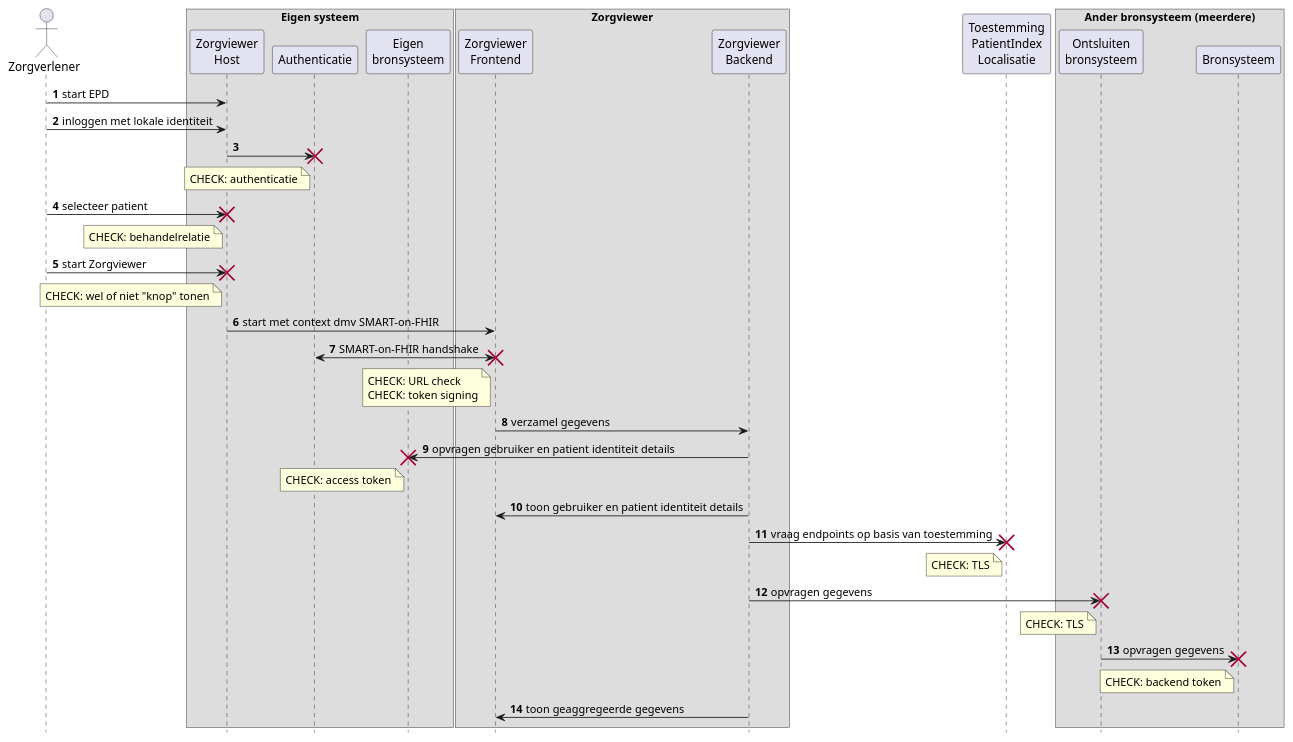
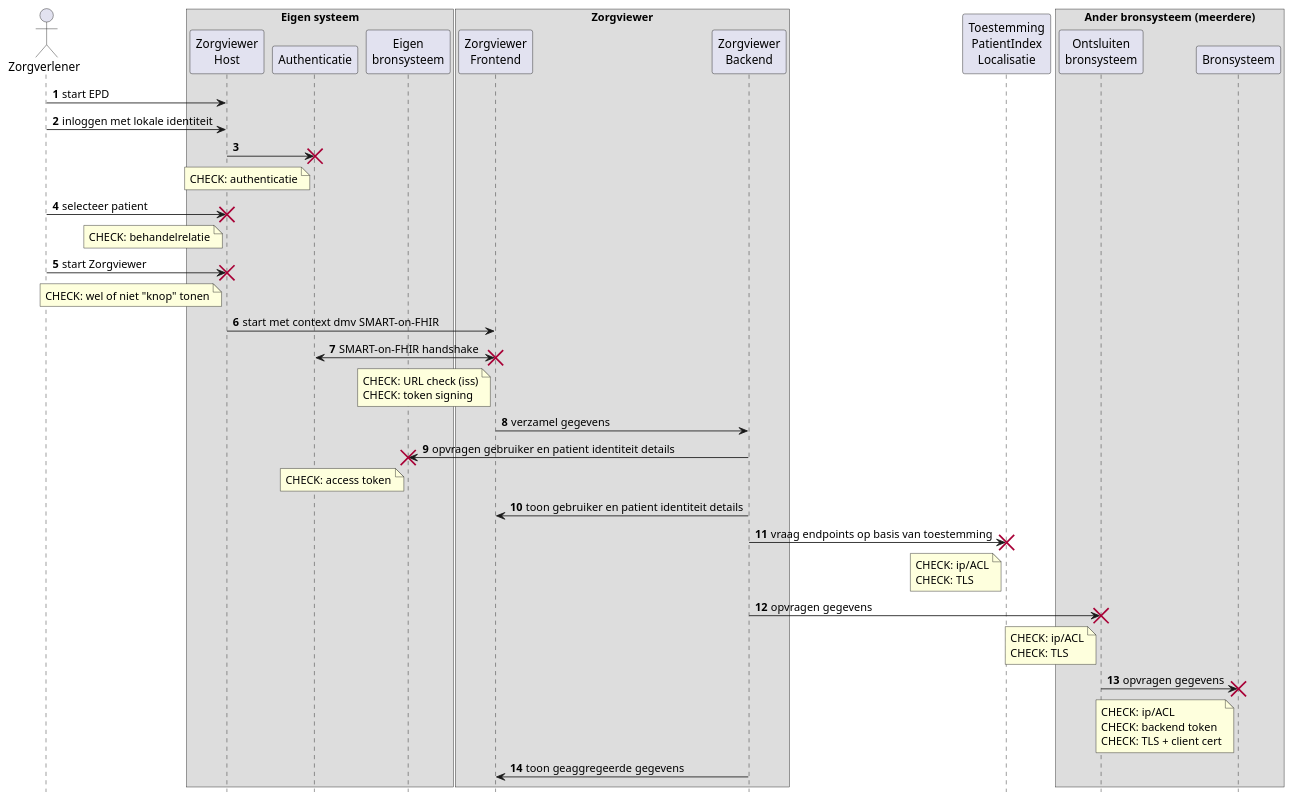
Before and after one commit to RIVO-Noord/zorgviewer-ig: the diagram in input/images-source/Security-Design-seq.plantuml, drawn with PlantUML. The commit also changed 4 other files, not shown here.

```diff
--- a/input/images-source/Security-Design-seq.plantuml
+++ b/input/images-source/Security-Design-seq.plantuml
@@ -1,73 +1,77 @@
 @startuml
 hide footbox
 autonumber
 
 actor Zorgverlener
 box "Eigen systeem"
   participant "Zorgviewer\nHost" as Host
   participant Authenticatie
   participant "Eigen\nbronsysteem" as EBron
 end box
 box "Zorgviewer"
   participant "Zorgviewer\nFrontend" as ZVFE
   participant "Zorgviewer\nBackend" as ZVBE
 end box
 participant "Toestemming\nPatientIndex\nLocalisatie" as Toestemming
 box "Ander bronsysteem (meerdere)"
   participant "Ontsluiten\nbronsysteem" as AOBron
   participant "Bronsysteem" as ABron
 end box
 
 Zorgverlener->Host: start EPD
 Zorgverlener->Host: inloggen met lokale identiteit
 Host->Authenticatie
 note left Authenticatie
   CHECK: authenticatie
 end note
 destroy Authenticatie
 Zorgverlener->Host: selecteer patient
 note left Host
   CHECK: behandelrelatie
 end note
 destroy Host
 Zorgverlener->Host: start Zorgviewer
 destroy Host
 note left Host
   CHECK: wel of niet "knop" tonen
 end note
 
 Host->ZVFE: start met context dmv SMART-on-FHIR
 ZVFE<->Authenticatie: SMART-on-FHIR handshake
 note left ZVFE
-  CHECK: URL check
+  CHECK: URL check (iss)
   CHECK: token signing
 end note
 destroy ZVFE
 ZVFE->ZVBE: verzamel gegevens
 ZVBE->EBron: opvragen gebruiker en patient identiteit details
 note left EBron
   CHECK: access token
 end note
 destroy EBron
 ZVBE->ZVFE: toon gebruiker en patient identiteit details
 
 ZVBE->Toestemming: vraag endpoints op basis van toestemming
 note left Toestemming
+  CHECK: ip/ACL
   CHECK: TLS
 end note
 destroy Toestemming
 
 ZVBE->AOBron: opvragen gegevens
 note left AOBron
+  CHECK: ip/ACL
   CHECK: TLS
 end note
 destroy AOBron
 AOBron->ABron: opvragen gegevens
 note left ABron
+  CHECK: ip/ACL
   CHECK: backend token
+  CHECK: TLS + client cert
 end note
 destroy ABron
 
 ZVBE->ZVFE: toon geaggregeerde gegevens
 
 @enduml
```
